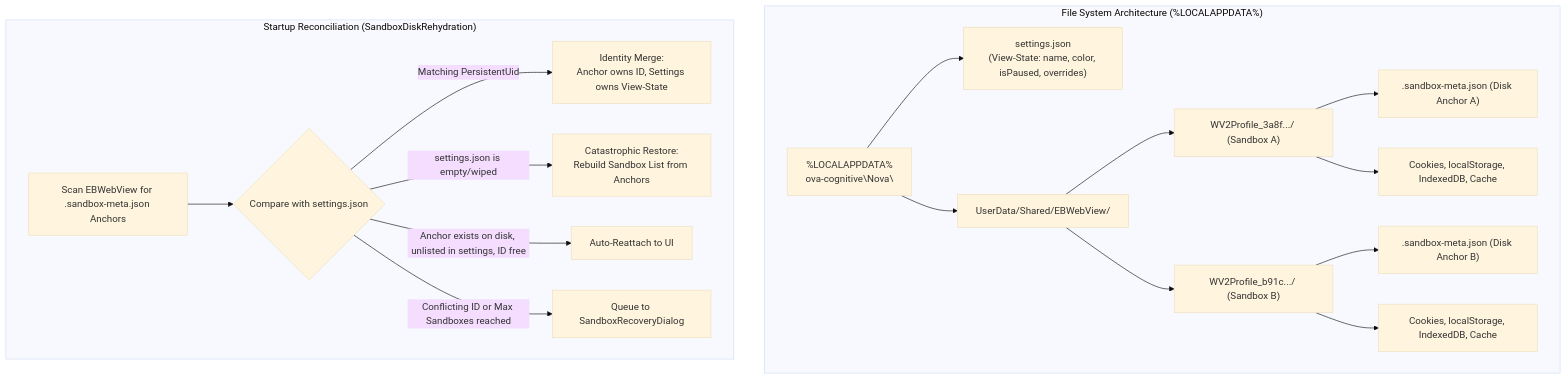
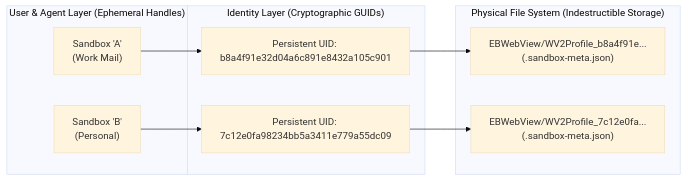
Before and after one commit to joelaniol/nova: the first of 5 diagrams in docs/core-features/sandbox-isolation/profile-storage-and-disk-anchors.md, drawn with Mermaid (base theme). The commit also changed other lines of this file and 3 other files, not shown here.

Commit message:
docs(sandbox-isolation): expand architectural reference with anchors, routing, and GUI controls

````diff
--- a/docs/core-features/sandbox-isolation/profile-storage-and-disk-anchors.md
+++ b/docs/core-features/sandbox-isolation/profile-storage-and-disk-anchors.md
@@ -5,24 +47,20 @@
 ```mermaid
-flowchart TD
-    subgraph DiskLayout["File System Architecture (%LOCALAPPDATA%)"]
-        Root["%LOCALAPPDATA%\nova-cognitive\Nova\"]
-        Root --> Settings["settings.json\n(View-State: name, color, isPaused, overrides)"]
-        Root --> Shared["UserData/Shared/EBWebView/"]
-        Shared --> P1["WV2Profile_3a8f.../ (Sandbox A)"]
-        Shared --> P2["WV2Profile_b91c.../ (Sandbox B)"]
-        
-        P1 --> M1[".sandbox-meta.json (Disk Anchor A)"]
-        P1 --> D1["Cookies, localStorage, IndexedDB, Cache"]
-        
-        P2 --> M2[".sandbox-meta.json (Disk Anchor B)"]
-        P2 --> D2["Cookies, localStorage, IndexedDB, Cache"]
+flowchart LR
+    subgraph UI_Layer["User & Agent Layer (Ephemeral Handles)"]
+        UI_A["Sandbox 'A'\n(Work Mail)"]
+        UI_B["Sandbox 'B'\n(Personal)"]
     end
 
-    subgraph BootReconciliation["Startup Reconciliation (SandboxDiskRehydration)"]
-        Scan["Scan EBWebView for .sandbox-meta.json Anchors"] --> Merge{"Compare with settings.json"}
-        Merge -- "Matching PersistentUid" --> R1["Identity Merge:\nAnchor owns ID, Settings owns View-State"]
-        Merge -- "settings.json is empty/wiped" --> R2["Catastrophic Restore:\nRebuild Sandbox List from Anchors"]
-        Merge -- "Anchor exists on disk, unlisted in settings, ID free" --> R3["Auto-Reattach to UI"]
-        Merge -- "Conflicting ID or Max Sandboxes reached" --> R4["Queue to SandboxRecoveryDialog"]
+    subgraph Core_Layer["Identity Layer (Cryptographic GUIDs)"]
+        UID_A["Persistent UID: b8a4f91e32d04a6c891e8432a105c901"]
+        UID_B["Persistent UID: 7c12e0fa98234bb5a3411e779a55dc09"]
     end
+
+    subgraph Storage_Layer["Physical File System (Indestructible Storage)"]
+        DIR_A["EBWebView/WV2Profile_b8a4f91e...\n(.sandbox-meta.json)"]
+        DIR_B["EBWebView/WV2Profile_7c12e0fa...\n(.sandbox-meta.json)"]
+    end
+
+    UI_A --> UID_A --> DIR_A
+    UI_B --> UID_B --> DIR_B
 ```
````
